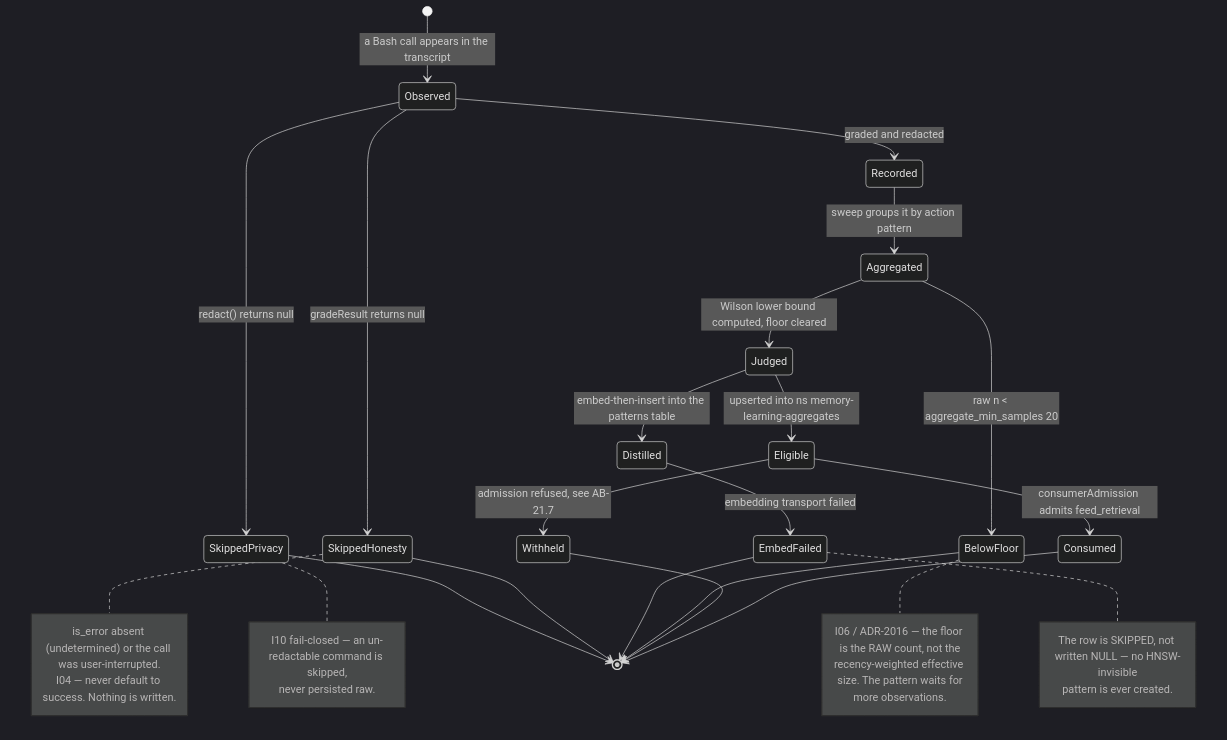
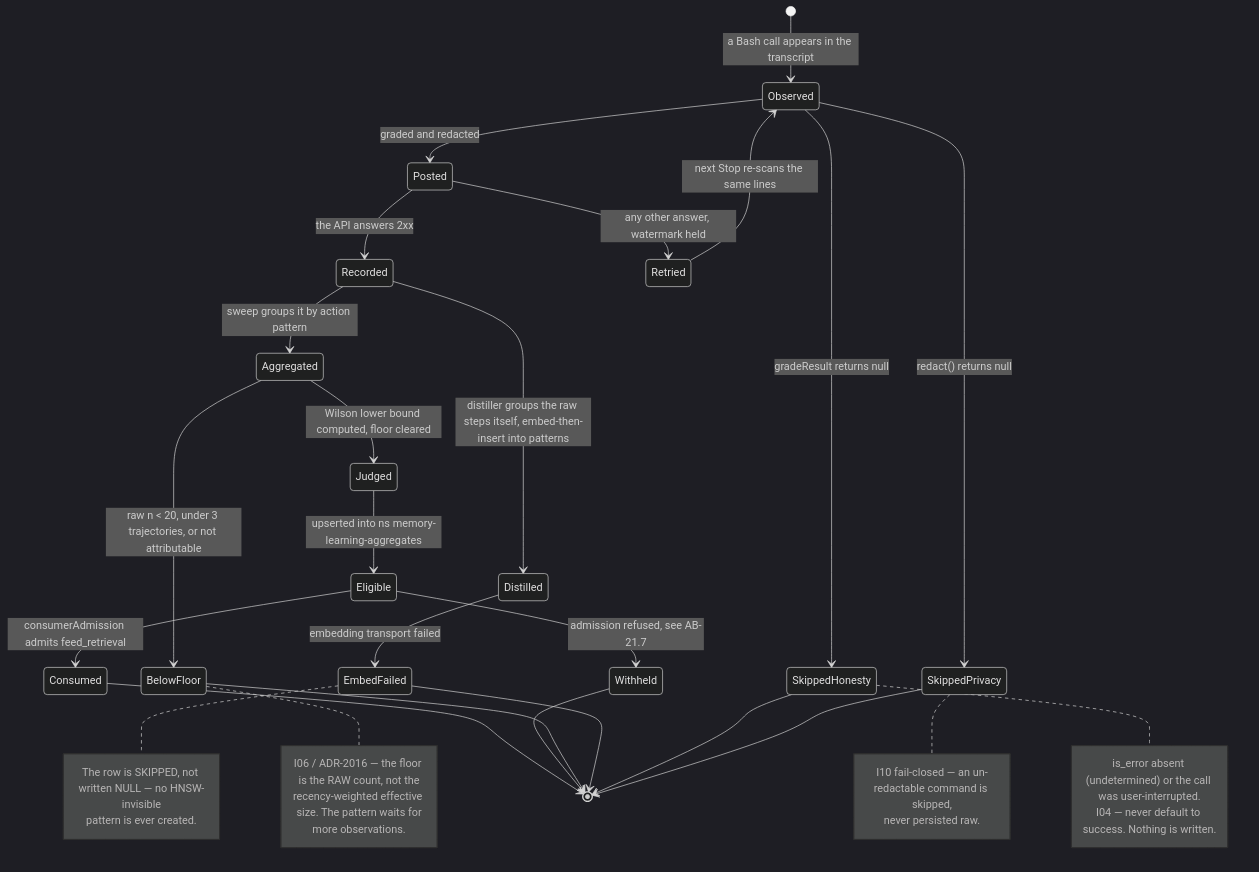
The eighth of 10 diagrams in docs/diagrams/agentbox/21-learning-loop.md (DreamLab-AI/VisionFlow), drawn with Mermaid (dark theme) before and after one commit. The commit also changed other lines of this file and 173 other files, not shown here.

````diff
--- a/docs/diagrams/agentbox/21-learning-loop.md
+++ b/docs/diagrams/agentbox/21-learning-loop.md
@@ -354,38 +390,41 @@
 ```mermaid
 stateDiagram-v2
     [*] --> Observed : a Bash call appears in the transcript
     Observed --> SkippedHonesty : gradeResult returns null
     note right of SkippedHonesty
         is_error absent (undetermined) or the call was user-interrupted.
         I04 — never default to success. Nothing is written.
     end note
     Observed --> SkippedPrivacy : redact() returns null
     note right of SkippedPrivacy
         I10 fail-closed — an un-redactable command is skipped,
         never persisted raw.
     end note
-    Observed --> Recorded : graded and redacted
+    Observed --> Posted : graded and redacted
+    Posted --> Recorded : the API answers 2xx
+    Posted --> Retried : any other answer, watermark held
+    Retried --> Observed : next Stop re-scans the same lines
     Recorded --> Aggregated : sweep groups it by action pattern
-    Aggregated --> BelowFloor : raw n < aggregate_min_samples 20
+    Aggregated --> BelowFloor : raw n < 20, under 3 trajectories, or not attributable
     note right of BelowFloor
         I06 / ADR-2016 — the floor is the RAW count, not the
         recency-weighted effective size. The pattern waits for
         more observations.
     end note
     Aggregated --> Judged : Wilson lower bound computed, floor cleared
-    Judged --> Distilled : embed-then-insert into the patterns table
+    Recorded --> Distilled : distiller groups the raw steps itself, embed-then-insert into patterns
     Distilled --> EmbedFailed : embedding transport failed
     note right of EmbedFailed
         The row is SKIPPED, not written NULL — no HNSW-invisible
         pattern is ever created.
     end note
     Judged --> Eligible : upserted into ns memory-learning-aggregates
     Eligible --> Consumed : consumerAdmission admits feed_retrieval
     Eligible --> Withheld : admission refused, see AB-21.7
     Consumed --> [*]
     Withheld --> [*]
     BelowFloor --> [*]
     EmbedFailed --> [*]
     SkippedHonesty --> [*]
     SkippedPrivacy --> [*]
 ```
````
